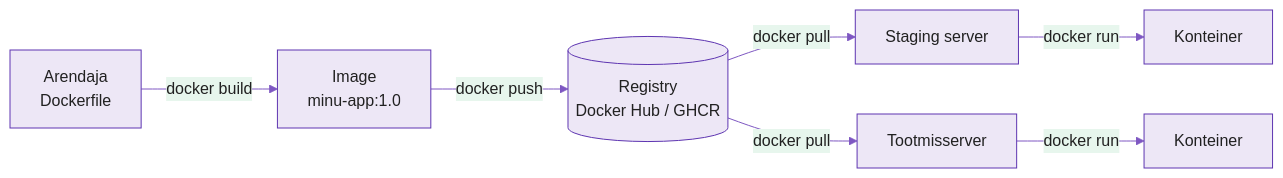
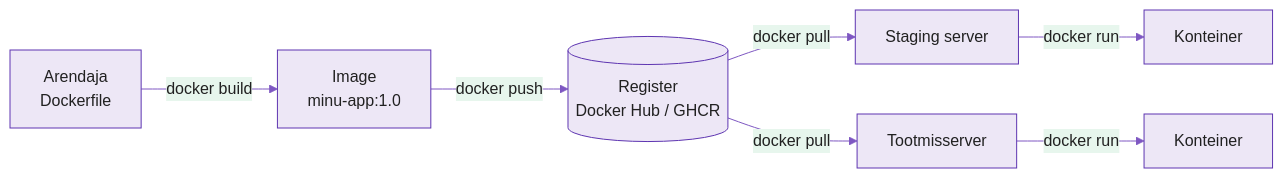
The fourth of 5 diagrams in docs/week05/lecture.md (hkhk-automation/devops), drawn with Mermaid before and after one commit. The commit also changed other lines of this file and 1 other file, not shown here.

Commit message:
N5 loeng: täpsemad lubadused (töötab kõikjal, sama viga), Dockerfile/image/konteiner analoogia, ehituskontekst ja EXPOSE, kopeeritavad käsud, tag'ide tabel, register registry asemel, turvasoovitused ilma garantiideta

````diff
--- a/docs/week05/lecture.md
+++ b/docs/week05/lecture.md
@@ -298,10 +299,10 @@
 ```mermaid
 %%{init: {'theme':'base','themeVariables':{'primaryColor':'#ede7f6','primaryBorderColor':'#5e35b1','primaryTextColor':'#212121','lineColor':'#7e57c2'}}}%%
 graph LR
     A[Arendaja<br/>Dockerfile] -->|docker build| I[Image<br/>minu-app:1.0]
-    I -->|docker push| R[(Registry<br/>Docker Hub / GHCR)]
+    I -->|docker push| R[(Register<br/>Docker Hub / GHCR)]
     R -->|docker pull| S1[Staging server]
     R -->|docker pull| S2[Tootmisserver]
     S1 -->|docker run| C1[Konteiner]
     S2 -->|docker run| C2[Konteiner]
 ```
````
